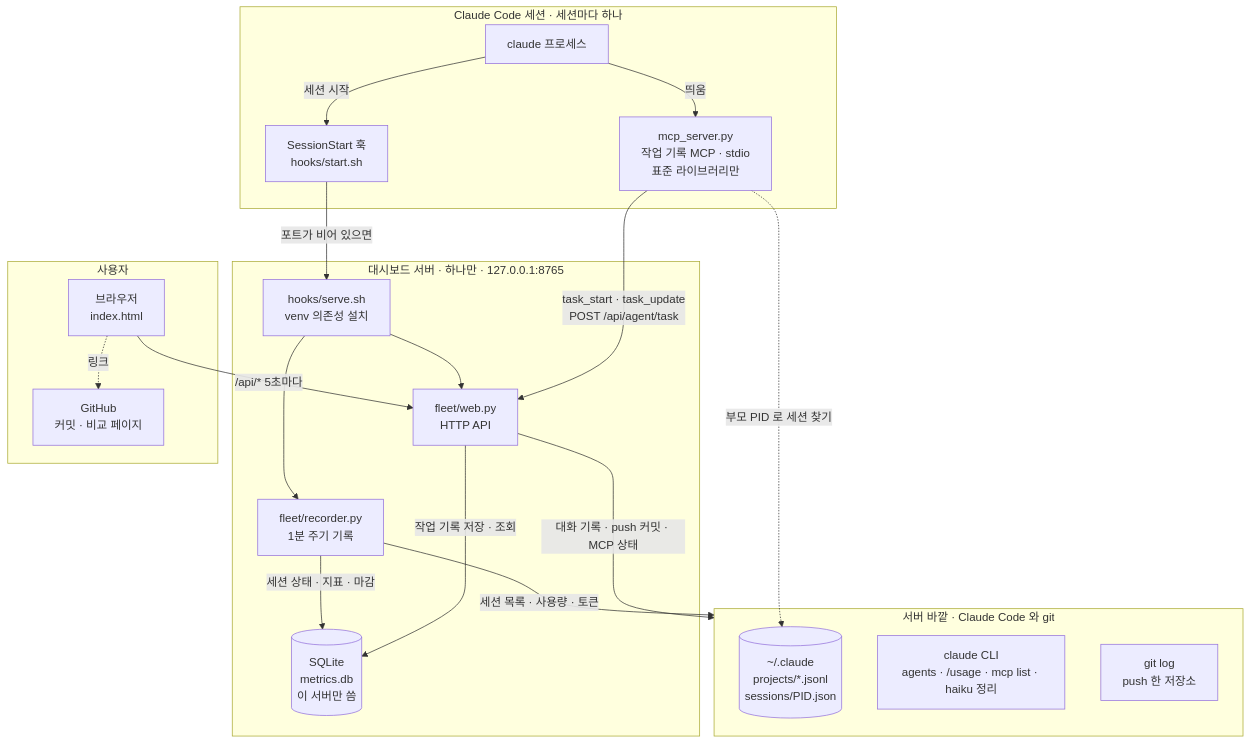
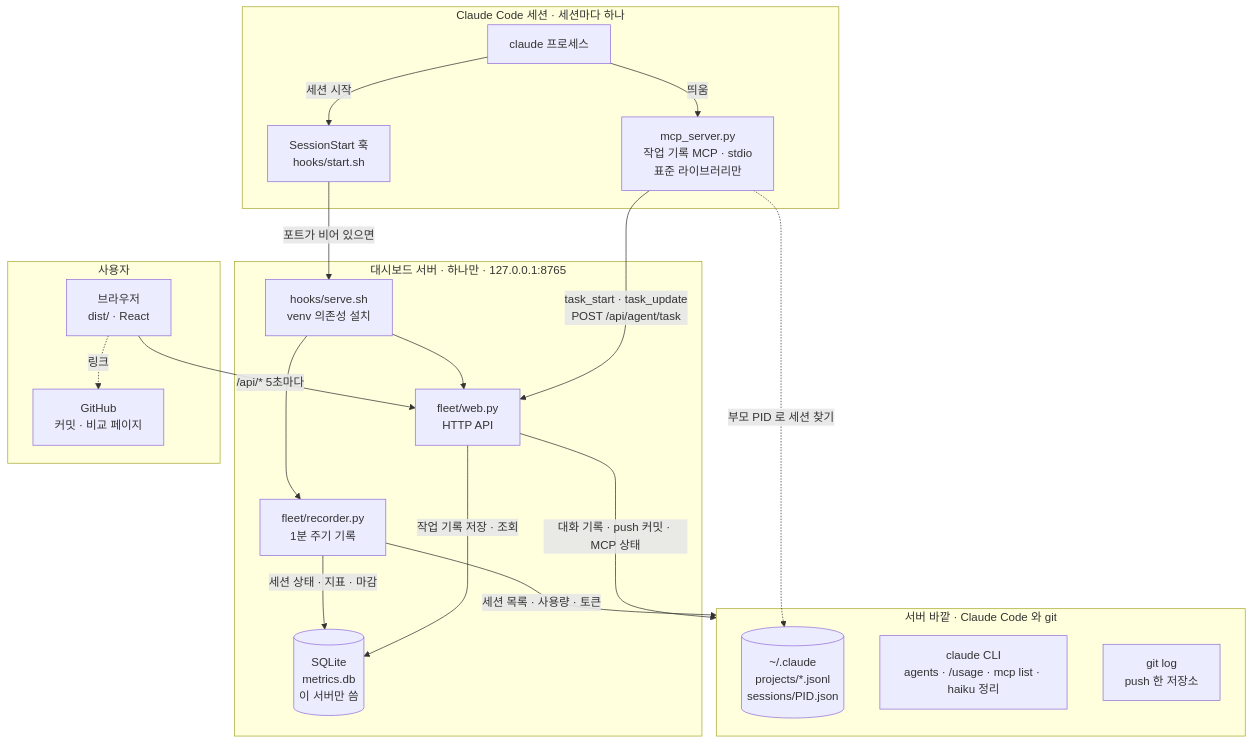
The diagram in README.md (hava12/hudson-fleet), drawn with Mermaid before and after one commit. The commit also changed other lines of this file and 20 other files, not shown here.

Commit message:
feat: 대시보드 화면을 Vite+React(web/)로 옮기고 dist/ 를 서버가 내보냄, web/ 이 바뀌면 Actions 가 빌드·패치 버전 +1 [no-spec]

````diff
--- a/README.md
+++ b/README.md
@@ -11,38 +11,38 @@
 ```mermaid
 flowchart TB
   subgraph CC["Claude Code 세션 · 세션마다 하나"]
     claude["claude 프로세스"]
     hook["SessionStart 훅<br/>hooks/start.sh"]
     mcp["mcp_server.py<br/>작업 기록 MCP · stdio<br/>표준 라이브러리만"]
   end
   subgraph WEB["대시보드 서버 · 하나만 · 127.0.0.1:8765"]
     serve["hooks/serve.sh<br/>venv 의존성 설치"]
     rec["fleet/recorder.py<br/>1분 주기 기록"]
     web["fleet/web.py<br/>HTTP API"]
     db[("SQLite<br/>metrics.db<br/>이 서버만 씀")]
   end
   subgraph USER["사용자"]
-    browser["브라우저<br/>index.html"]
+    browser["브라우저<br/>dist/ · React"]
     gh["GitHub<br/>커밋 · 비교 페이지"]
   end
   subgraph DATA["서버 바깥 · Claude Code 와 git"]
     files[("~/.claude<br/>projects/*.jsonl<br/>sessions/PID.json")]
     cli["claude CLI<br/>agents · /usage · mcp list · haiku 정리"]
     git["git log<br/>push 한 저장소"]
   end
 
   claude -- "세션 시작" --> hook
   claude -- "띄움" --> mcp
   hook -- "포트가 비어 있으면" --> serve
   serve --> web
   serve --> rec
   web ~~~ rec
   browser -- "/api/* 5초마다" --> web
   browser -. "링크" .-> gh
   mcp -- "task_start · task_update<br/>POST /api/agent/task" --> web
   mcp -. "부모 PID 로 세션 찾기" .-> files
   rec -- "세션 상태 · 지표 · 마감" --> db
   rec -- "세션 목록 · 사용량 · 토큰" --> DATA
   web -- "작업 기록 저장 · 조회" --> db
   web -- "대화 기록 · push 커밋 · MCP 상태" --> DATA
 ```
````
